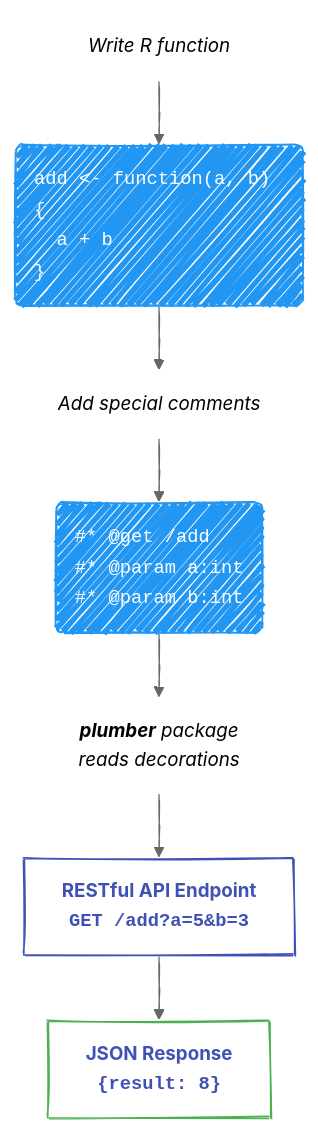
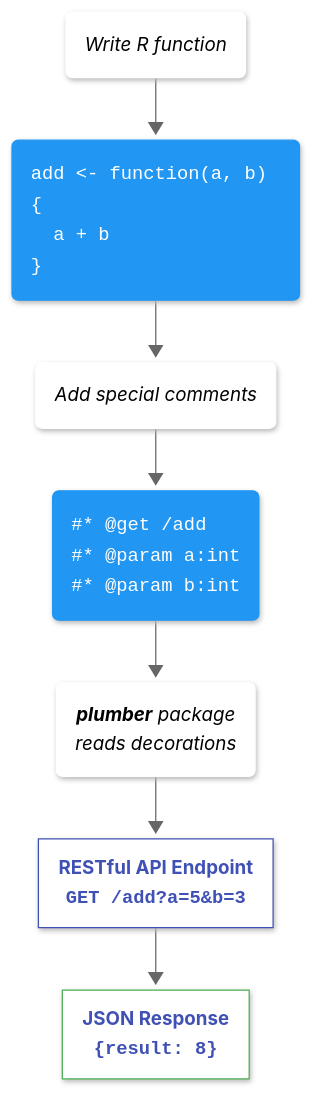
Before and after one commit to mjfrigaard/mjfrigaard.github.io: the third of 5 diagrams in posts/shiny-plumber/index.qmd, drawn with Mermaid. The commit also changed other lines of this file and 118 other files, not shown here.

````diff
--- a/posts/shiny-plumber/index.qmd
+++ b/posts/shiny-plumber/index.qmd
@@ -339,34 +339,34 @@
 ```{mermaid}
 %%| fig-align: center
 %%| echo: false
 %%| fig-cap: 'Example: plumber transforms R function into API endpoint'
-%%{init: {'theme': 'neutral', 'look': 'handDrawn', 'themeVariables': { 'fontFamily': 'monospace', "fontSize":"15px"}}}%%
+%%{init: {'theme': 'neutral', 'look': 'neo', 'themeVariables': { 'fontFamily': 'monospace', "fontSize":"15px"}}}%%
 
 graph TB
 	WriteFun("<em>Write R function</em>")
     RFunc("<code>add <- function(a, b) {<br>  a + b<br>}</code>")
     WriteCom("<em>Add special comments</em>")
     Decor("<code>#* @get /add<br/>#* @param a:int<br/>#* @param b:int</code>")
     Plumber("<em><strong>plumber</strong> package<br/>reads decorations</em>")
     
     API["<strong>RESTful API Endpoint<br/><code>GET /add?a=5&b=3</code></strong>"]
     Response["<strong>JSON Response<br/><code>{result: 8}</code></strong>"]
     
     WriteFun --> RFunc
     RFunc --> WriteCom
     WriteCom --> Decor
     Decor --> Plumber
     Plumber --> API
     API --> Response
     
     style WriteFun fill:#fff,stroke:#fff,color:#000
     style WriteCom  fill:#fff,stroke:#fff,color:#000
     style Plumber  fill:#fff,stroke:#fff,color:#000
     
     style RFunc text-align:left,fill:#2196F3,stroke:#2196F3,color:#fff
     style Decor text-align:left,fill:#2196F3,stroke:#2196F3,color:#fff
     
     style API  fill:#fff,stroke:#4051B5,color:#4051B5
     style Response  fill:#fff,stroke:#4CAF50,color:#4051B5
     
 ```
````
